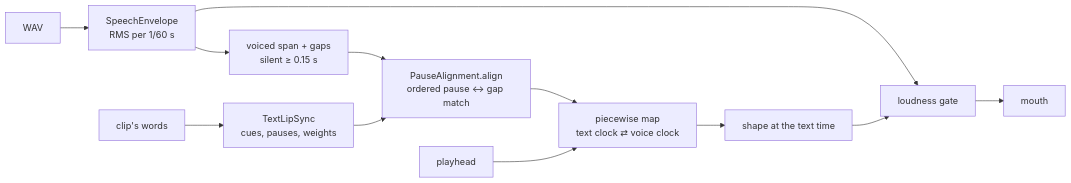
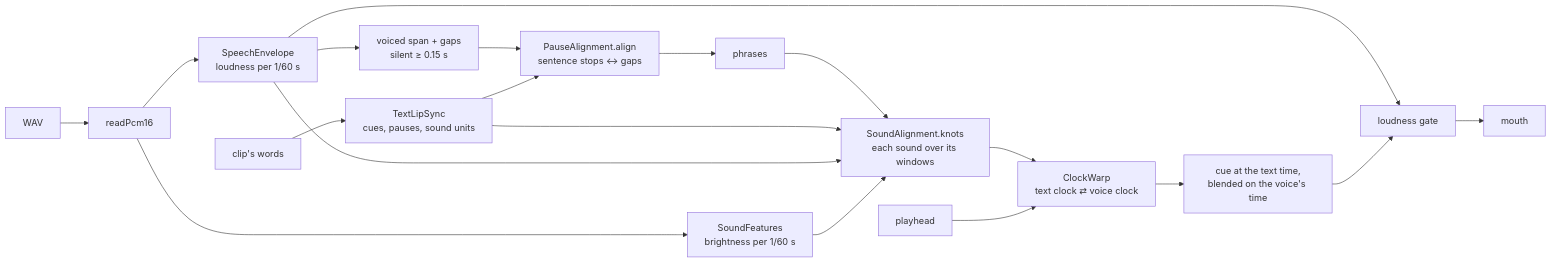
Before and after one commit to matthiasn/lotti: the fourth of 11 diagrams in knowledge/features/companion.md, drawn with Mermaid. The commit also changed other lines of this file and 19 other files, not shown here.

Commit message:
feat(companion): mouth timed by the sound of the voice, pure Dart (#4918)

````diff
--- a/knowledge/features/companion.md
+++ b/knowledge/features/companion.md
@@ -242,13 +262,20 @@
 ```mermaid
 flowchart LR
-  W[WAV] --> E[SpeechEnvelope<br/>RMS per 1/60 s]
+  W[WAV] --> R[readPcm16]
+  R --> E[SpeechEnvelope<br/>loudness per 1/60 s]
+  R --> B[SoundFeatures<br/>brightness per 1/60 s]
   E --> G["voiced span + gaps<br/>silent ≥ 0.15 s"]
-  T[clip's words] --> L[TextLipSync<br/>cues, pauses, weights]
-  G --> A[PauseAlignment.align<br/>ordered pause ↔ gap match]
+  T[clip's words] --> L[TextLipSync<br/>cues, pauses, sound units]
+  G --> A[PauseAlignment.align<br/>sentence stops ↔ gaps]
   L --> A
-  A --> M[piecewise map<br/>text clock ⇄ voice clock]
+  A --> Ph[phrases]
+  Ph --> S[SoundAlignment.knots<br/>each sound over its windows]
+  L --> S
+  E --> S
+  B --> S
+  S --> M[ClockWarp<br/>text clock ⇄ voice clock]
   P[playhead] --> M
-  M --> S[shape at the text time]
+  M --> C[cue at the text time,<br/>blended on the voice's time]
   E --> Gate[loudness gate]
-  S --> Gate --> F[mouth]
+  C --> Gate --> F[mouth]
 ```
````
